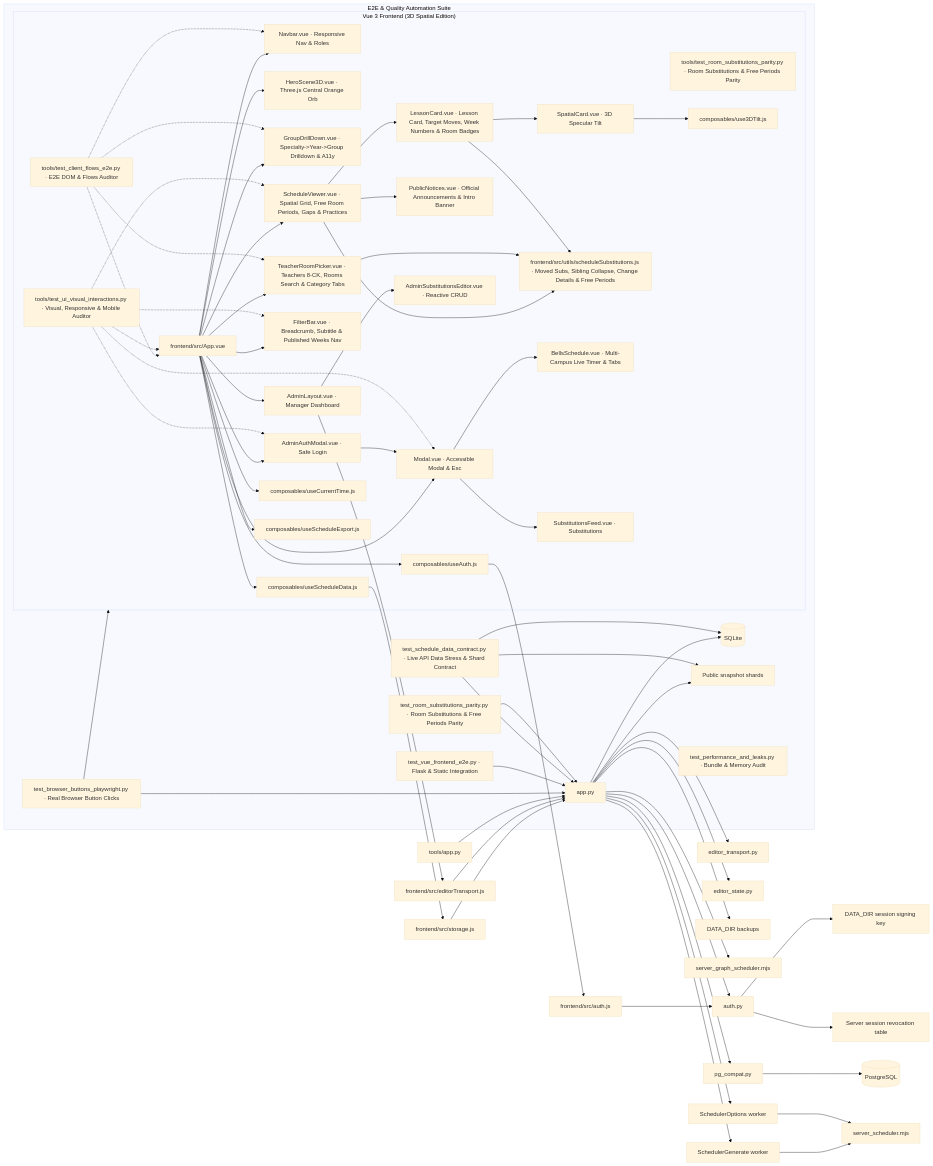
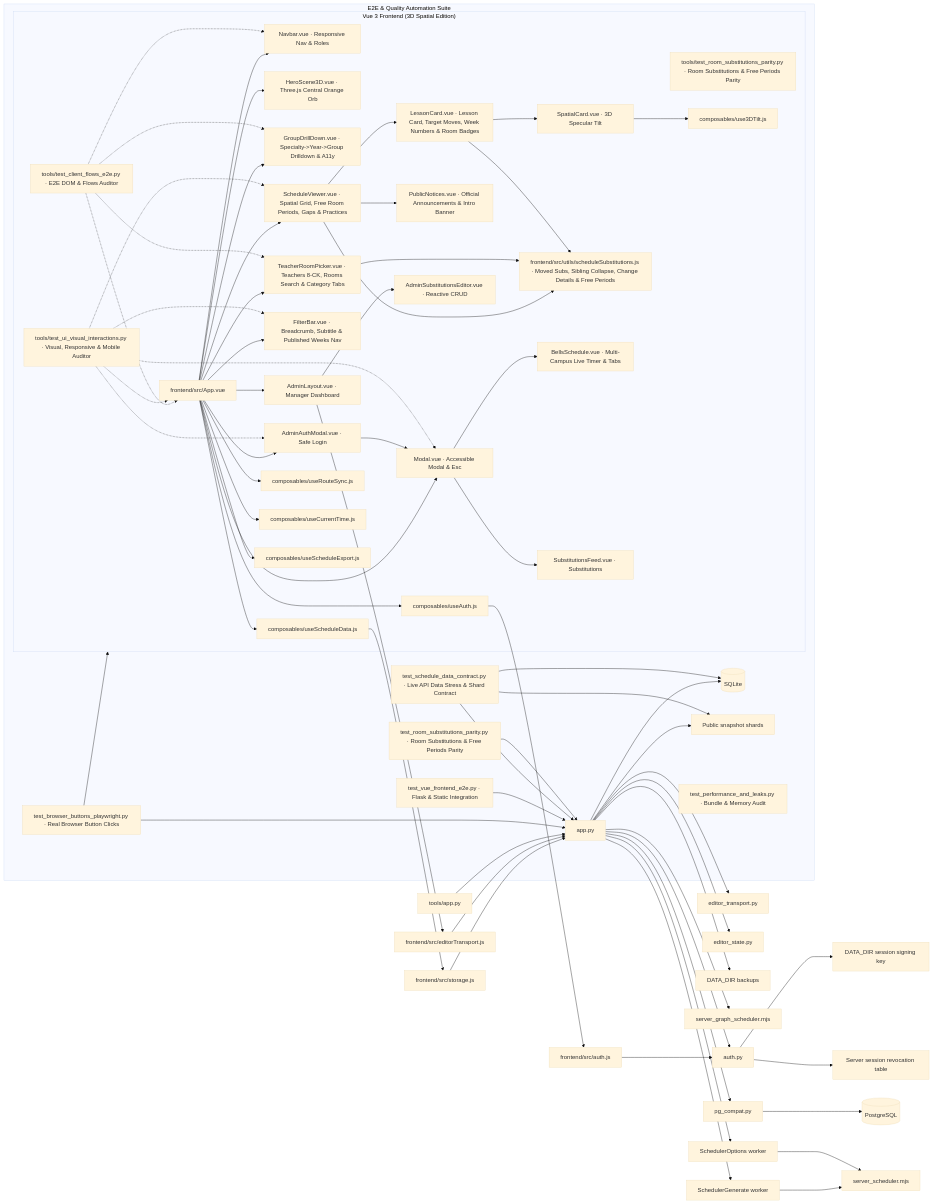
Before and after one commit to nikkhl0358-max/time: the first of 7 diagrams in docs/UML.md, drawn with Mermaid (base theme). The commit also changed other lines of this file and 10 other files, not shown here.

```diff
--- a/docs/UML.md
+++ b/docs/UML.md
@@ -58,6 +65,7 @@
         TestUIVisual -.-> AuthModal
 
         App --> SchedComposable[composables/useScheduleData.js]
+        App --> RouteSyncComposable[composables/useRouteSync.js]
         App --> AuthComposable[composables/useAuth.js]
         App --> TimeComposable[composables/useCurrentTime.js]
         App --> ExportComposable[composables/useScheduleExport.js]
```
